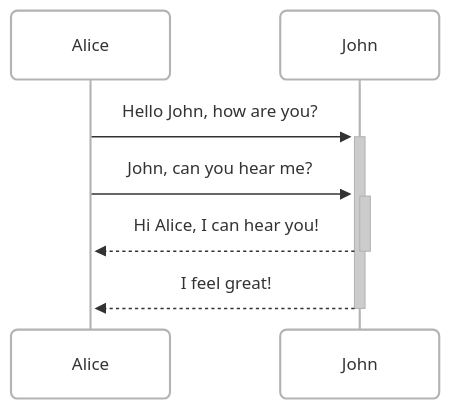
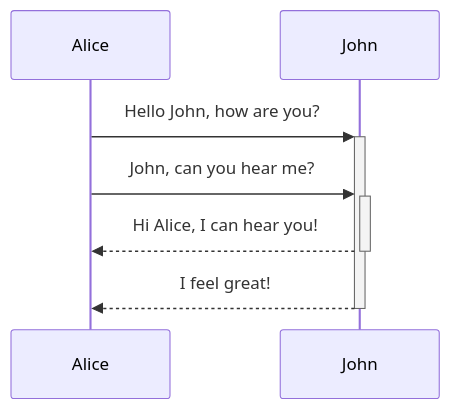
One commit to end2endzone/end2endzone-hugo changed diagram 17 of 25 in content/blog/1900-01-01-test-mermaid.md. Above: the diagram before and after it, drawn with Mermaid. The commit also changed other lines of this file and 1 other file, not shown here.

Commit message:
Extending mermaid theme 'forest' for compatibility with site's background color.

````diff
--- a/content/blog/1900-01-01-test-mermaid.md
+++ b/content/blog/1900-01-01-test-mermaid.md
@@ -154,12 +237,11 @@
 ```mermaid
 ---
 config:
-  look: neo
-  theme: neo
+  theme: mc
 ---
 sequenceDiagram
     Alice->>+John: Hello John, how are you?
     Alice->>+John: John, can you hear me?
     John-->>-Alice: Hi Alice, I can hear you!
     John-->>-Alice: I feel great!
 ```
````
